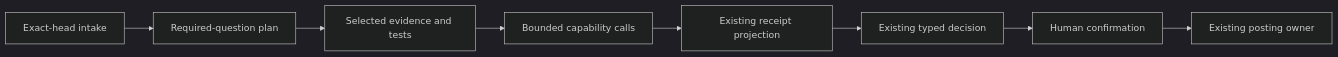
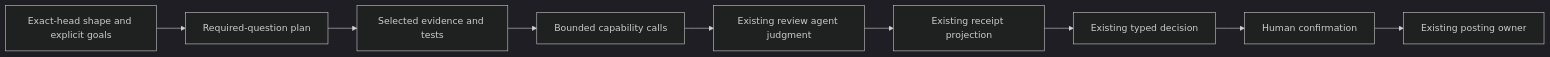
Before and after one commit to iamcxa/kc-claude-plugins: the diagram in kc-pr-flow/docs/review-runtime.md, drawn with Mermaid (dark theme). The commit also changed other lines of this file and 12 other files, not shown here.

First line of the commit message:
feat(kc-pr-flow): wire goal-bound Lite reviewer judgments

````diff
--- a/kc-pr-flow/docs/review-runtime.md
+++ b/kc-pr-flow/docs/review-runtime.md
@@ -341,7 +341,8 @@
 ```mermaid
 flowchart LR
-  intake[Exact-head intake] --> plan[Required-question plan]
+  intake[Exact-head shape and explicit goals] --> plan[Required-question plan]
   plan --> evidence[Selected evidence and tests] --> calls[Bounded capability calls]
-  calls --> receipt[Existing receipt projection] --> decision[Existing typed decision]
+  calls --> reviewer[Existing review agent judgment]
+  reviewer --> receipt[Existing receipt projection] --> decision[Existing typed decision]
   decision --> confirm[Human confirmation] --> posting[Existing posting owner]
 ```
````
